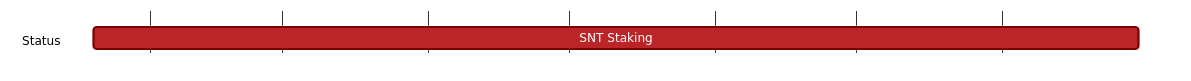
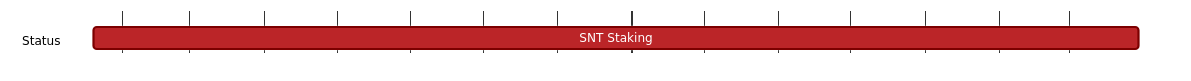
One commit to logos-co/roadmap changed the diagram in content/vac/tke/g/status/snt-staking.md. Above: the diagram before and after it, drawn with Mermaid. The commit also changed other lines of this file and 4 other files, not shown here.

````diff
--- a/content/vac/tke/g/status/snt-staking.md
+++ b/content/vac/tke/g/status/snt-staking.md
@@ -7,19 +7,19 @@
 ```mermaid
 %%{ 
   init: { 
     'theme': 'base', 
     'themeVariables': { 
       'primaryColor': '#BB2528', 
       'primaryTextColor': '#fff', 
       'primaryBorderColor': '#7C0000', 
       'lineColor': '#F8B229', 
       'secondaryColor': '#006100', 
       'tertiaryColor': '#fff' 
     } 
   } 
 }%%
 gantt
 	dateFormat YYYY-MM-DD 
 	section Status
-		SNT Staking :, 2023-01-20, 2023-08-30
+		SNT Staking :, 2023-01-20, 2024-03-30
 ```
````
